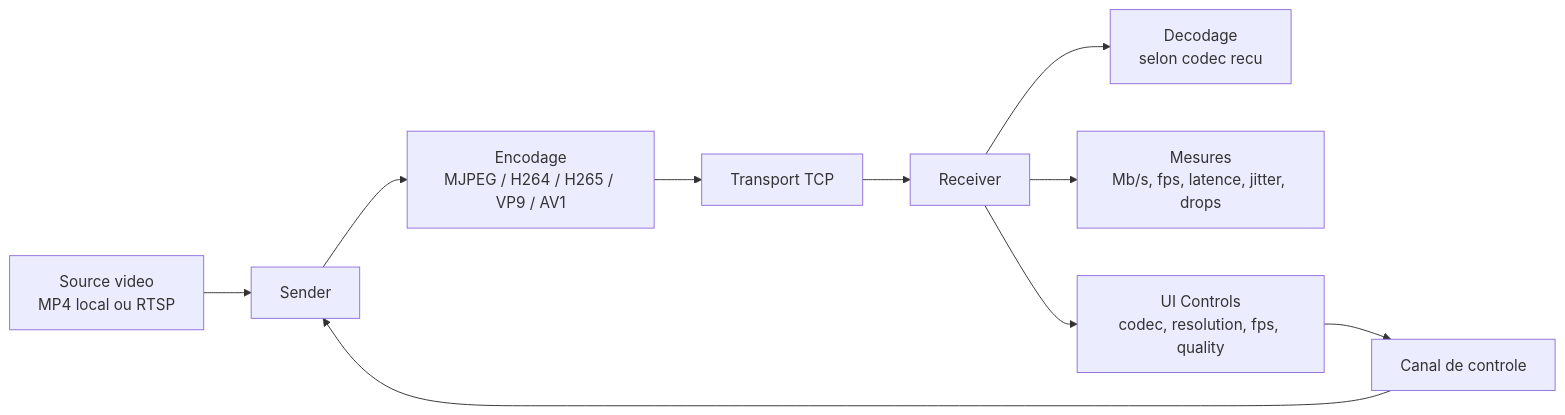
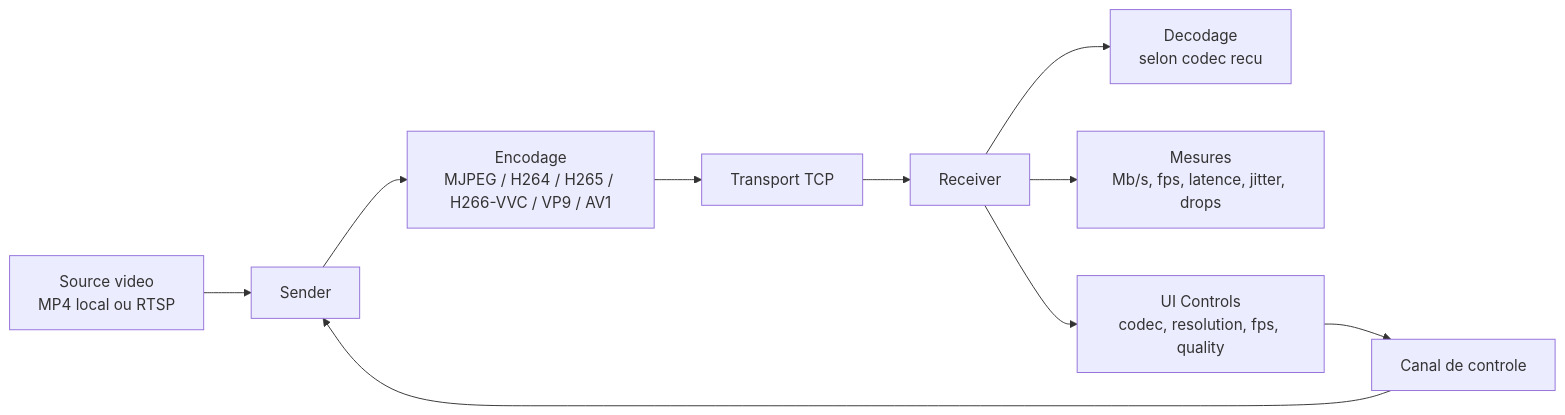
Before and after one commit to eehgold/compare-video-bandwidth: the diagram in readme.md, drawn with Mermaid. The commit also changed other lines of this file and 12 other files, not shown here.

````diff
--- a/readme.md
+++ b/readme.md
@@ -25,12 +26,12 @@
 ```mermaid
 flowchart LR
     A[Source video\nMP4 local ou RTSP] --> B[Sender]
-    B --> C[Encodage\nMJPEG / H264 / H265 / VP9 / AV1]
+    B --> C[Encodage\nMJPEG / H264 / H265 / H266-VVC / VP9 / AV1]
     C --> D[Transport TCP]
     D --> E[Receiver]
     E --> F[Decodage\nselon codec recu]
     E --> G[Mesures\nMb/s, fps, latence, jitter, drops]
     E --> H[UI Controls\ncodec, resolution, fps, quality]
     H --> I[Canal de controle]
     I --> B
 ```
````
